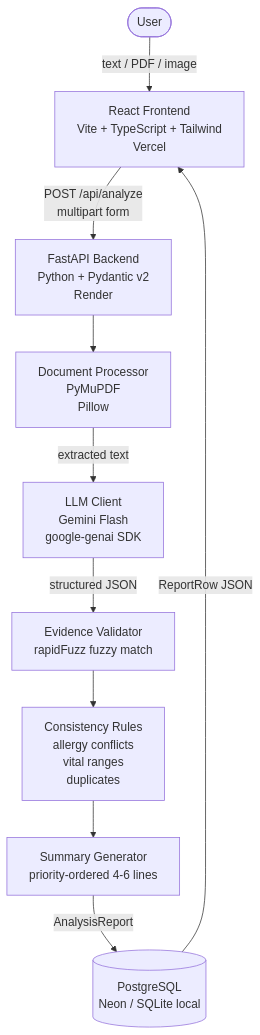
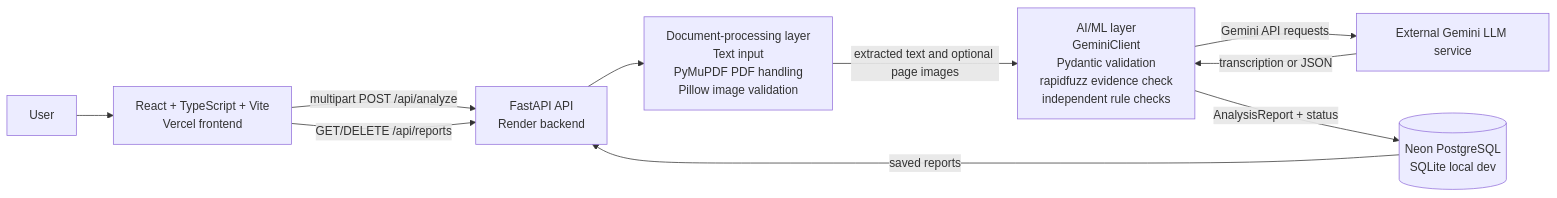
One commit to Prashant-00000/ai-clinical-document-reviewer changed the first of 2 diagrams in docs/architecture.md. Above: the diagram before and after it, drawn with Mermaid. The commit also changed other lines of this file and 3 other files, not shown here.

Commit message:
docs: README, architecture, AI/ML design and technical decisions

````diff
--- a/docs/architecture.md
+++ b/docs/architecture.md
@@ -5,14 +5,12 @@
 ```mermaid
-graph TD
-    User([User]) -->|text / PDF / image| FE[React Frontend\nVite + TypeScript + Tailwind\nVercel]
-
-    FE -->|POST /api/analyze\nmultipart form| BE[FastAPI Backend\nPython + Pydantic v2\nRender]
-
-   BE --> DP[Document Processor\nPyMuPDF\nPillow]
-    DP -->|extracted text| LLM[LLM Client\nGemini Flash\ngoogle-genai SDK]
-    LLM -->|structured JSON| VAL[Evidence Validator\nrapidFuzz fuzzy match]
-    VAL --> RULES[Consistency Rules\nallergy conflicts\nvital ranges\nduplicates]
-    RULES --> SUM[Summary Generator\npriority-ordered 4-6 lines]
-    SUM -->|AnalysisReport| DB[(PostgreSQL\nNeon / SQLite local)]
-    DB -->|ReportRow JSON| FE
+graph LR
+    U[User] --> FE[React + TypeScript + Vite\nVercel frontend]
+    FE -->|multipart POST /api/analyze| API[FastAPI API\nRender backend]
+    FE -->|GET/DELETE /api/reports| API
+    API --> DP[Document-processing layer\nText input\nPyMuPDF PDF handling\nPillow image validation]
+    DP -->|extracted text and optional page images| AI[AI/ML layer\nGeminiClient\nPydantic validation\nrapidfuzz evidence check\nindependent rule checks]
+    AI -->|Gemini API requests| LLM[External Gemini LLM service]
+    LLM -->|transcription or JSON| AI
+    AI -->|AnalysisReport + status| DB[(Neon PostgreSQL\nSQLite local dev)]
+    DB -->|saved reports| API
 ```
````
